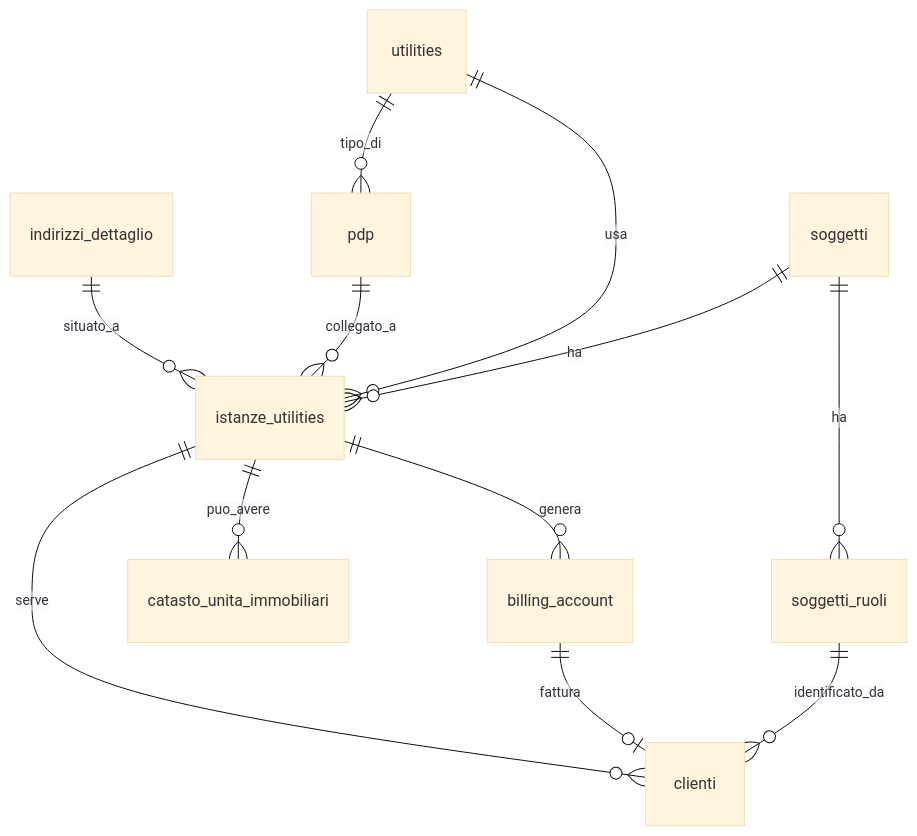
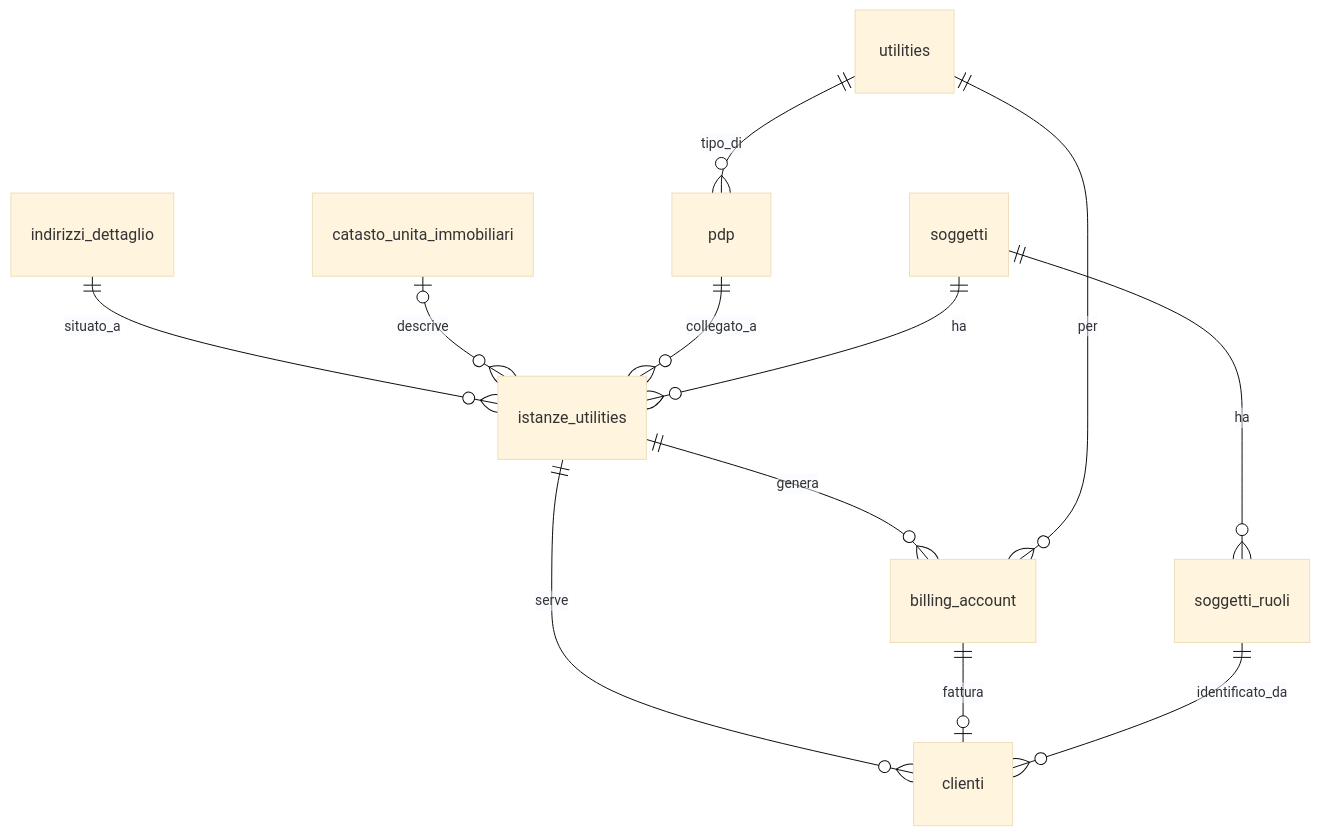
One commit to Tito-it/ZeroErp changed the diagram in docs/it/guide/gestione-delle-istanze-utility.md. Above: the diagram before and after it, drawn with Mermaid (base theme). The commit also changed other lines of this file and 76 other files, not shown here.

````diff
--- a/docs/it/guide/gestione-delle-istanze-utility.md
+++ b/docs/it/guide/gestione-delle-istanze-utility.md
@@ -316,16 +324,16 @@
 ```mermaid
 erDiagram
     indirizzi_dettaglio ||--o{ istanze_utilities : situato_a
     istanze_utilities ||--o{ clienti : serve
     billing_account ||--o| clienti : fattura
-    istanze_utilities ||--o{ catasto_unita_immobiliari : puo_avere
+    catasto_unita_immobiliari |o--o{ istanze_utilities : descrive
     istanze_utilities ||--o{ billing_account : genera
 
     pdp ||--o{ istanze_utilities : collegato_a
     utilities ||--o{ pdp : tipo_di
-    utilities ||--o{ istanze_utilities : usa
+    utilities ||--o{ billing_account : per
 
     soggetti ||--o{ istanze_utilities : ha
     soggetti ||--o{ soggetti_ruoli : ha
     soggetti_ruoli ||--o{ clienti : identificato_da
 ```
````
